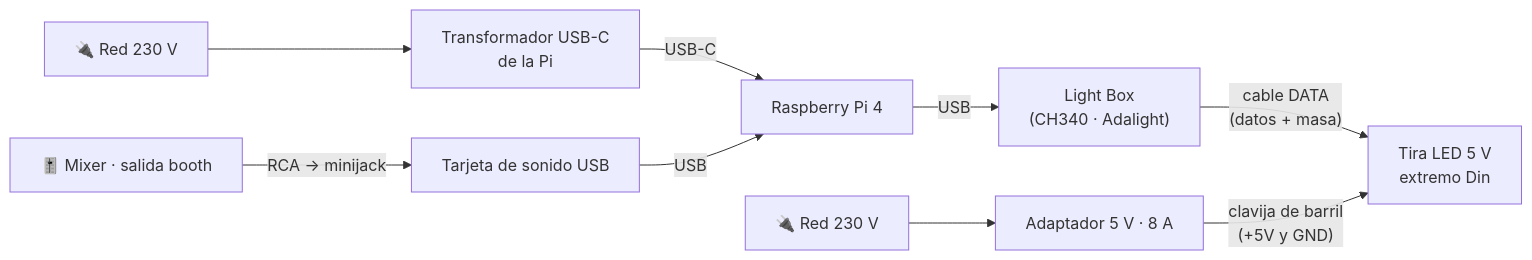
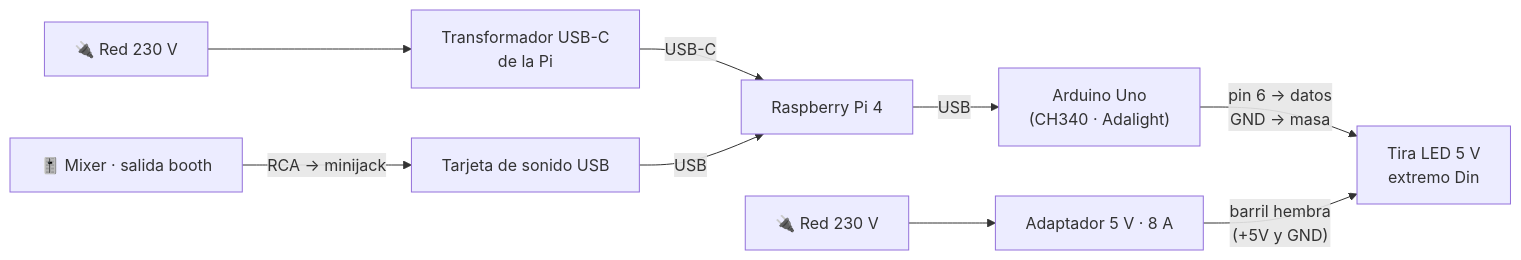
One commit to 7daysofrain/mood-table-v2 changed the diagram in HARDWARE_SETUP.md. Above: the diagram before and after it, drawn with Mermaid. The commit also changed other lines of this file and 1 other file, not shown here.

First line of the commit message:
docs(hardware): montaje final con el Arduino Uno y Adalight

````diff
--- a/HARDWARE_SETUP.md
+++ b/HARDWARE_SETUP.md
@@ -33,11 +37,11 @@
 ```mermaid
 flowchart LR
   red1["🔌 Red 230 V"] --> trafoPi["Transformador USB-C<br/>de la Pi"]
   red2["🔌 Red 230 V"] --> fuente["Adaptador 5 V · 8 A"]
   trafoPi -->|USB-C| pi["Raspberry Pi 4"]
   mixer["🎚️ Mixer · salida booth"] -->|RCA → minijack| tarjeta["Tarjeta de sonido USB"]
   tarjeta -->|USB| pi
-  pi -->|USB| lightbox["Light Box<br/>(CH340 · Adalight)"]
-  lightbox -->|"cable DATA<br/>(datos + masa)"| tira["Tira LED 5 V<br/>extremo Din"]
-  fuente -->|"clavija de barril<br/>(+5V y GND)"| tira
+  pi -->|USB| uno["Arduino Uno<br/>(CH340 · Adalight)"]
+  uno -->|"pin 6 → datos<br/>GND → masa"| tira["Tira LED 5 V<br/>extremo Din"]
+  fuente -->|"barril hembra<br/>(+5V y GND)"| tira
 ```
````
